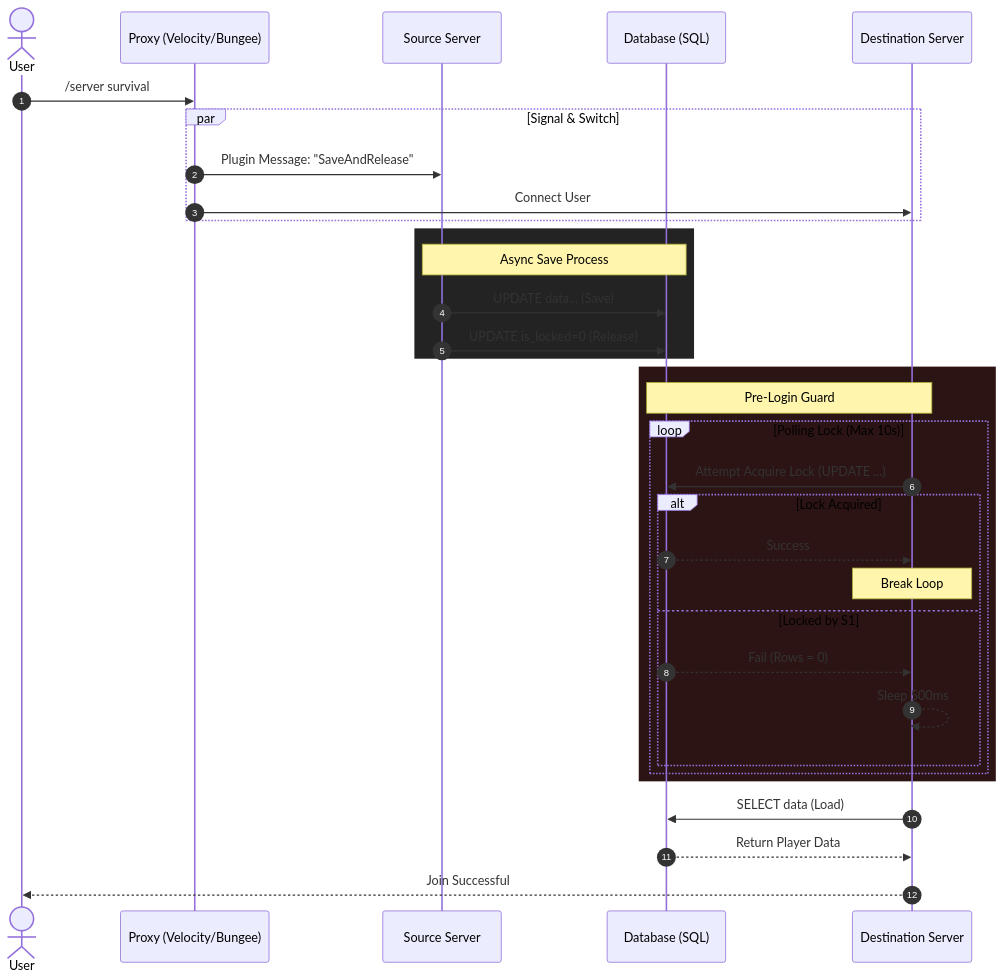
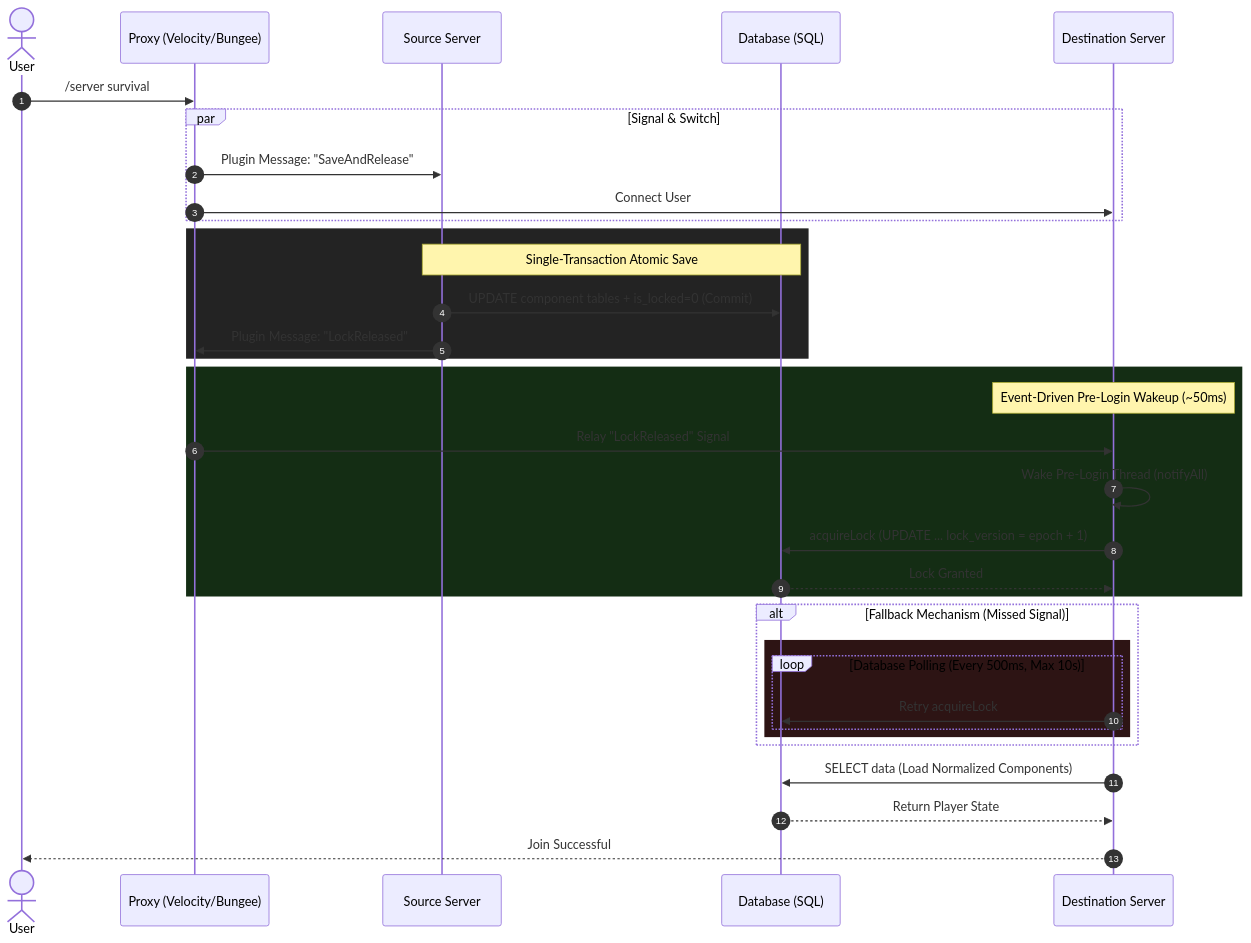
One commit to westkevin12/mc-data-bridge changed the first of 2 diagrams in README.md. Above: the diagram before and after it, drawn with Mermaid. The commit also changed other lines of this file and 28 other files, not shown here.

````diff
--- a/README.md
+++ b/README.md
@@ -79,39 +45,41 @@
 ```mermaid
 sequenceDiagram
     autonumber
     actor User
     participant P as Proxy (Velocity/Bungee)
     participant S1 as Source Server
     participant DB as Database (SQL)
     participant S2 as Destination Server
 
     User->>P: /server survival
     par Signal & Switch
         P->>S1: Plugin Message: "SaveAndRelease"
         P->>S2: Connect User
     end
 
     rect rgb(35, 35, 35)
-        Note over S1, DB: Async Save Process
-        S1->>DB: UPDATE data... (Save)
-        S1->>DB: UPDATE is_locked=0 (Release)
+        Note over S1, DB: Single-Transaction Atomic Save
+        S1->>DB: UPDATE component tables + is_locked=0 (Commit)
+        S1->>P: Plugin Message: "LockReleased"
     end
 
-    rect rgb(45, 20, 20)
-        Note over S2, DB: Pre-Login Guard
-        loop Polling Lock (Max 10s)
-            S2->>DB: Attempt Acquire Lock (UPDATE ...)
-            alt Lock Acquired
-                DB-->>S2: Success
-                Note over S2: Break Loop
-            else Locked by S1
-                DB-->>S2: Fail (Rows = 0)
-                S2-->>S2: Sleep 500ms
+    rect rgb(20, 45, 20)
+        Note over S2: Event-Driven Pre-Login Wakeup (~50ms)
+        P->>S2: Relay "LockReleased" Signal
+        S2->>S2: Wake Pre-Login Thread (notifyAll)
+        S2->>DB: acquireLock (UPDATE ... lock_version = epoch + 1)
+        DB-->>S2: Lock Granted
+    end
+
+    alt Fallback Mechanism (Missed Signal)
+        rect rgb(45, 20, 20)
+            loop Database Polling (Every 500ms, Max 10s)
+                S2->>DB: Retry acquireLock
             end
         end
     end
 
-    S2->>DB: SELECT data (Load)
-    DB-->>S2: Return Player Data
+    S2->>DB: SELECT data (Load Normalized Components)
+    DB-->>S2: Return Player State
     S2-->>User: Join Successful
 ```
````
